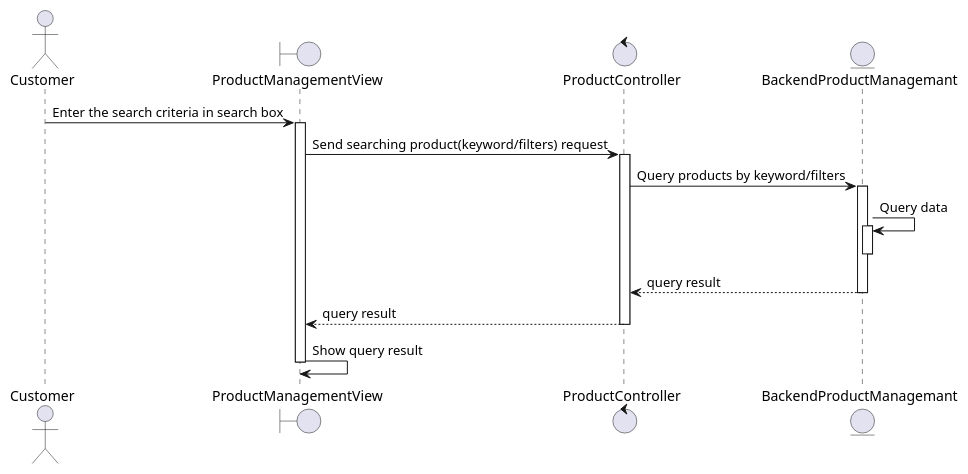
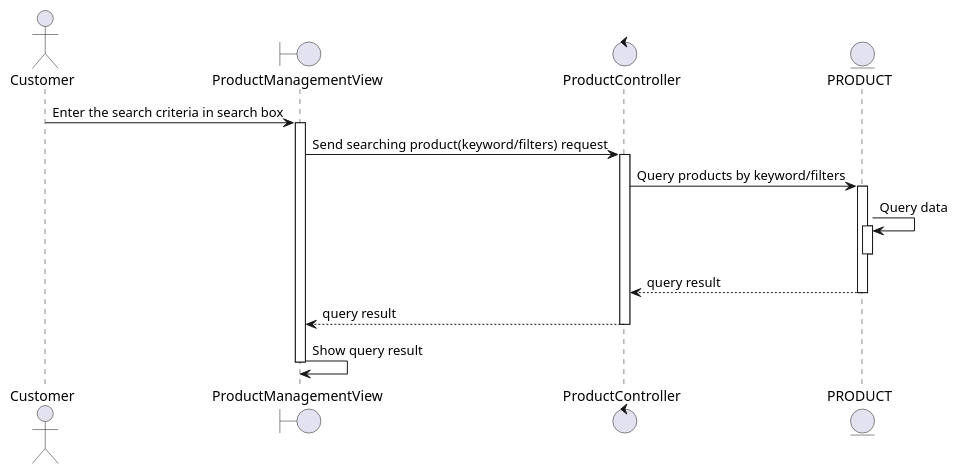
One commit to electricilies/electricilies.github.io changed the diagram in docs/docs/sequence/view-product/search-product.md. Above: the diagram before and after it, drawn with PlantUML.

````diff
--- a/docs/docs/sequence/view-product/search-product.md
+++ b/docs/docs/sequence/view-product/search-product.md
@@ -3,25 +3,25 @@
 ```plantuml
 @startuml
 actor Customer as C
 boundary ProductManagementView as PMV
 control ProductController as PC
-entity BackendProductManagemant as BPM
+entity PRODUCT as BPM
 
 C -> PMV: Enter the search criteria in search box
 activate PMV
 PMV -> PC: Send searching product(keyword/filters) request
 activate PC
 PC -> BPM: Query products by keyword/filters
 activate BPM
 BPM -> BPM: Query data
 activate BPM
 deactivate BPM
 PC <-- BPM: query result
 deactivate BPM
 PMV <--PC: query result
 deactivate PC
 
 PMV ->PMV: Show query result
 deactivate PMV
 @enduml
 ```
````
